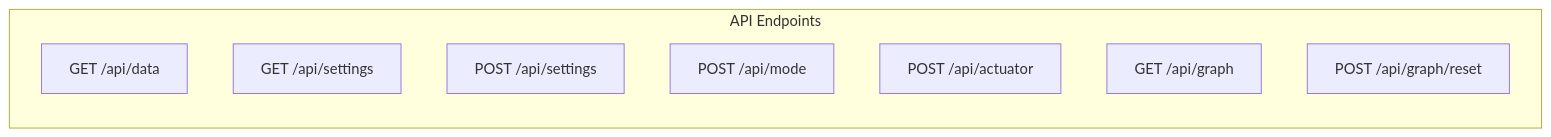
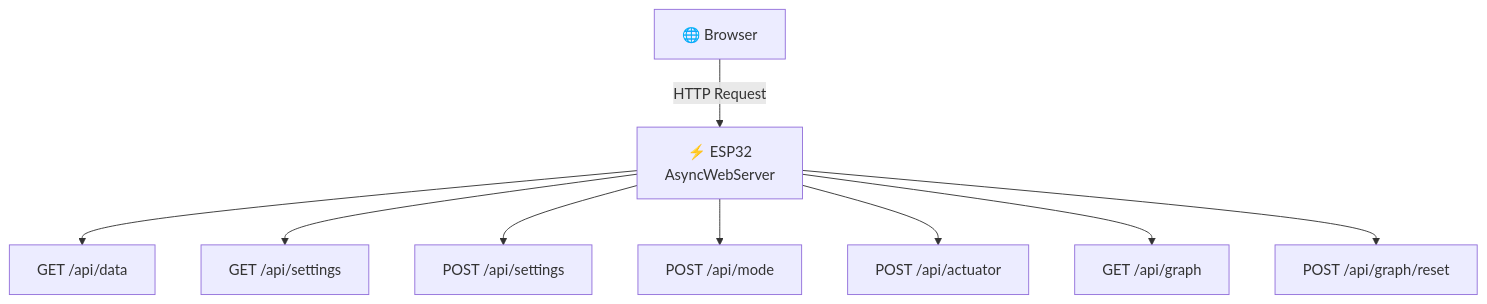
One commit to Keyzoo0/MushroomIOT changed the fifth of 5 diagrams in README.md. Above: the diagram before and after it, drawn with Mermaid. The commit also changed other lines of this file, not shown here.

Commit message:
Fix Mermaid diagrams: stateDiagram entry point, API flowchart, tambah wiring diagram hardware

````diff
--- a/README.md
+++ b/README.md
@@ -418,12 +453,12 @@
 ```mermaid
-graph LR
-    subgraph "API Endpoints"
-        D["GET /api/data"]
-        S1["GET /api/settings"]
-        S2["POST /api/settings"]
-        M["POST /api/mode"]
-        A["POST /api/actuator"]
-        G1["GET /api/graph"]
-        G2["POST /api/graph/reset"]
-    end
+flowchart TD
+    Client["🌐 Browser"] -->|HTTP Request| Server["⚡ ESP32<br>AsyncWebServer"]
+
+    Server --> EP1["GET /api/data"]
+    Server --> EP2["GET /api/settings"]
+    Server --> EP3["POST /api/settings"]
+    Server --> EP4["POST /api/mode"]
+    Server --> EP5["POST /api/actuator"]
+    Server --> EP6["GET /api/graph"]
+    Server --> EP7["POST /api/graph/reset"]
 ```
````
